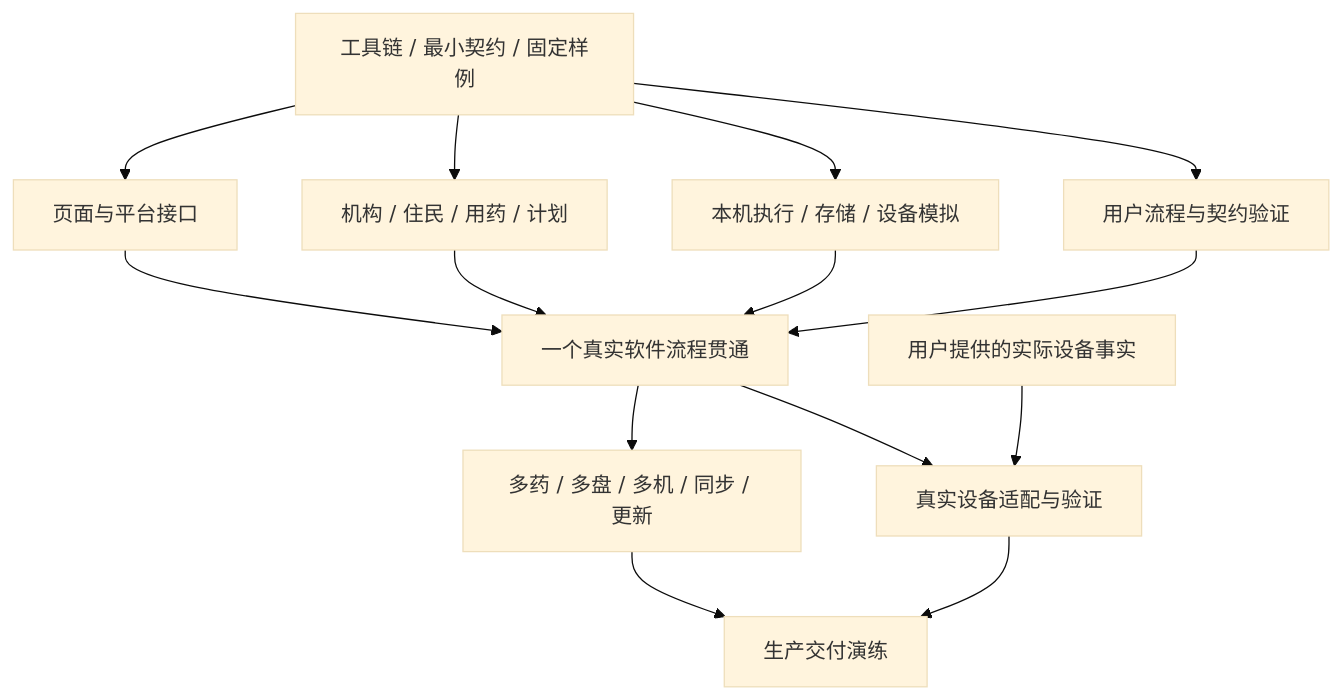
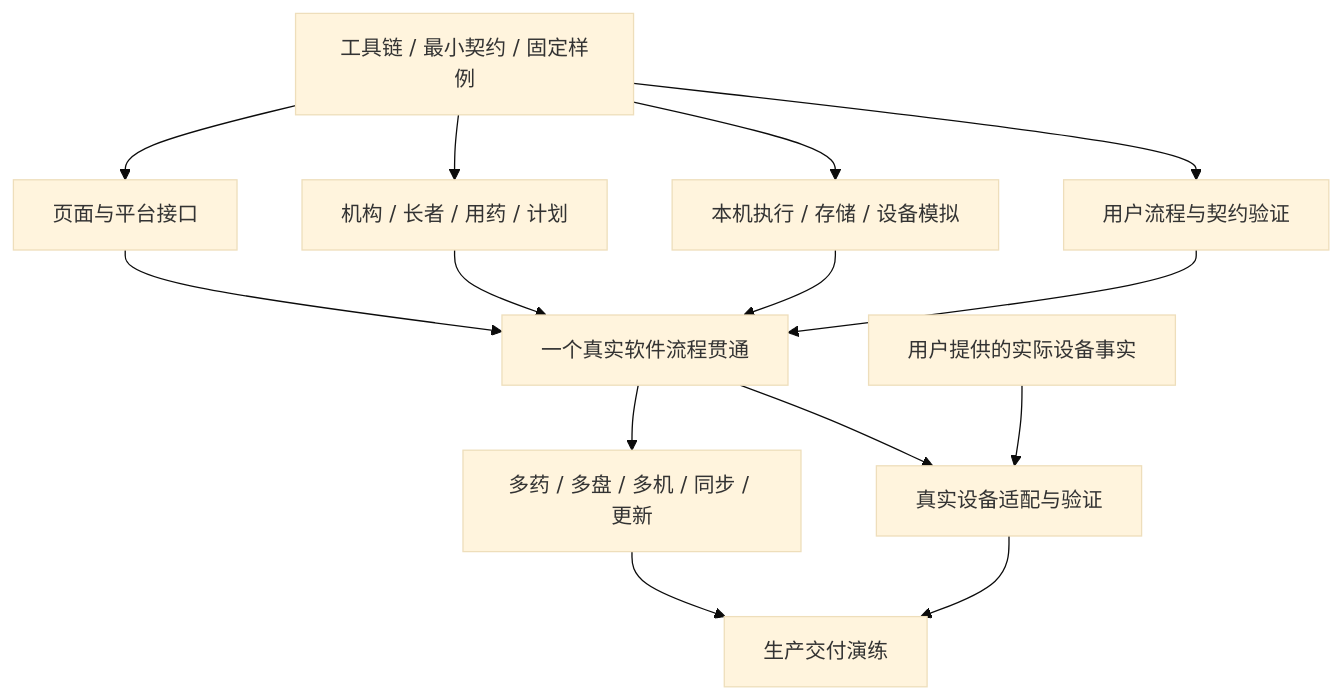
Before and after one commit to ma-jiale/Pillxa-Dispener: the diagram in docs/09-agent-development.md, drawn with Mermaid (base theme). The commit also changed other lines of this file and 132 other files, not shown here.

````diff
--- a/docs/09-agent-development.md
+++ b/docs/09-agent-development.md
@@ -43,16 +45,16 @@
 ```mermaid
 flowchart TD
   Base[工具链 / 最小契约 / 固定样例] --> UI[页面与平台接口]
-  Base --> API[机构 / 住民 / 用药 / 计划]
+  Base --> API[机构 / 长者 / 用药 / 计划]
   Base --> Native[本机执行 / 存储 / 设备模拟]
   Base --> Verify[用户流程与契约验证]
   API --> Join[一个真实软件流程贯通]
   UI --> Join
   Native --> Join
   Verify --> Join
   Join --> Expand[多药 / 多盘 / 多机 / 同步 / 更新]
   Hardware[用户提供的实际设备事实] --> Real[真实设备适配与验证]
   Join --> Real
   Expand --> Delivery[生产交付演练]
   Real --> Delivery
 ```
````
